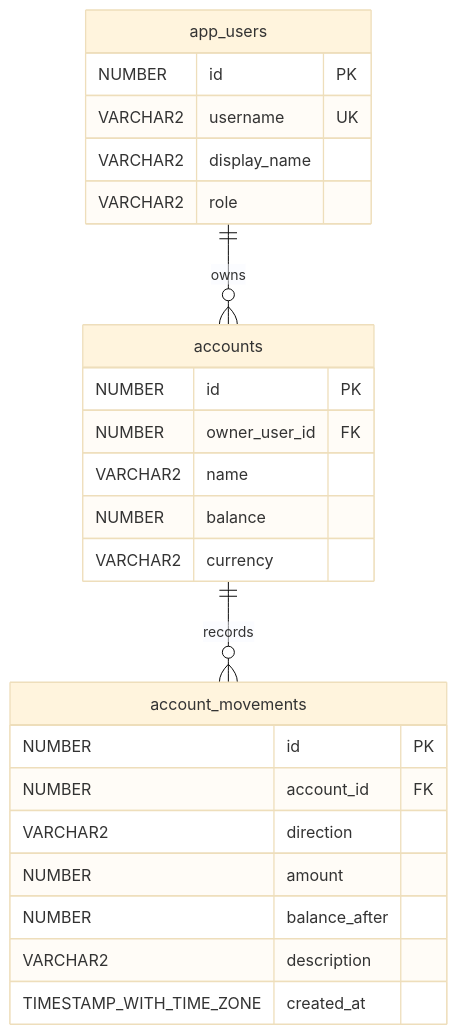
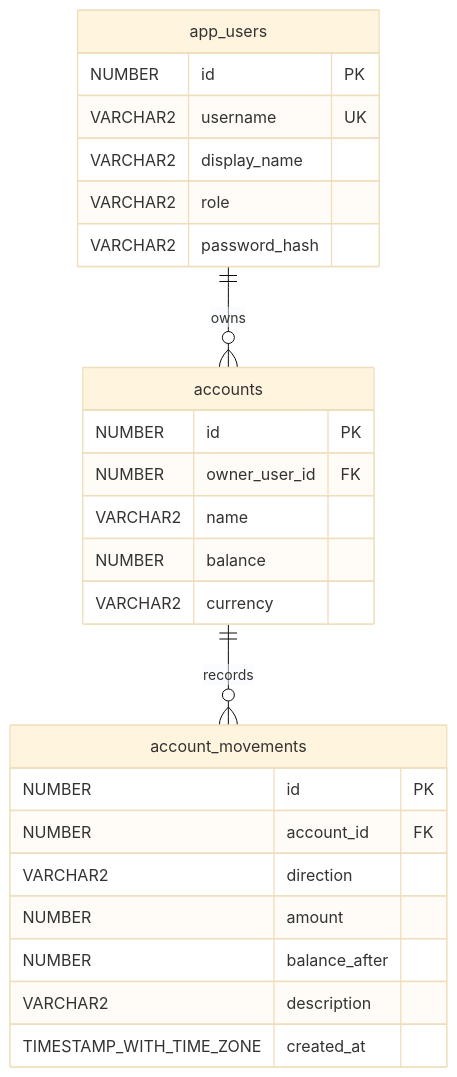
Before and after one commit to berk-celikten/hesaplab: the diagram in docs/DATABASE_MODEL.md, drawn with Mermaid (base theme). The commit also changed other lines of this file and 41 other files, not shown here.

````diff
--- a/docs/DATABASE_MODEL.md
+++ b/docs/DATABASE_MODEL.md
@@ -18,27 +18,28 @@
 ```mermaid
 erDiagram
     app_users ||--o{ accounts : owns
     accounts ||--o{ account_movements : records
     app_users {
         NUMBER id PK
         VARCHAR2 username UK
         VARCHAR2 display_name
         VARCHAR2 role
+        VARCHAR2 password_hash
     }
     accounts {
         NUMBER id PK
         NUMBER owner_user_id FK
         VARCHAR2 name
         NUMBER balance
         VARCHAR2 currency
     }
     account_movements {
         NUMBER id PK
         NUMBER account_id FK
         VARCHAR2 direction
         NUMBER amount
         NUMBER balance_after
         VARCHAR2 description
         TIMESTAMP_WITH_TIME_ZONE created_at
     }
 ```
````
